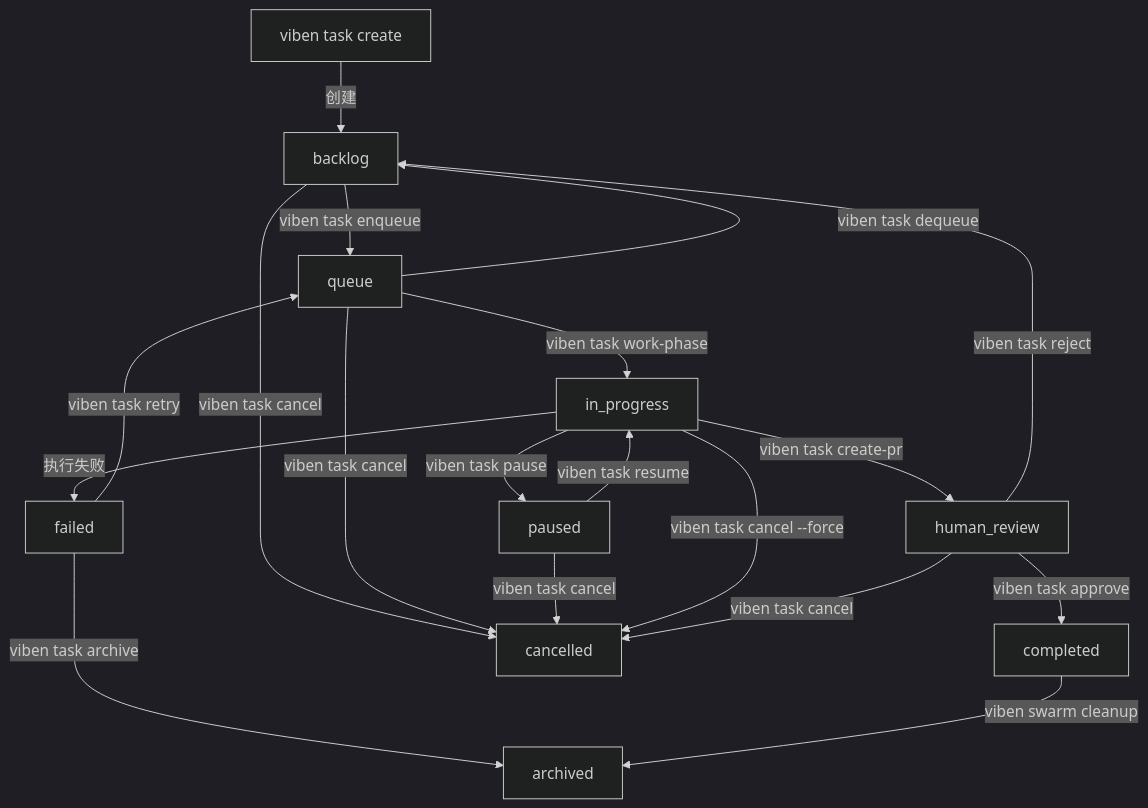
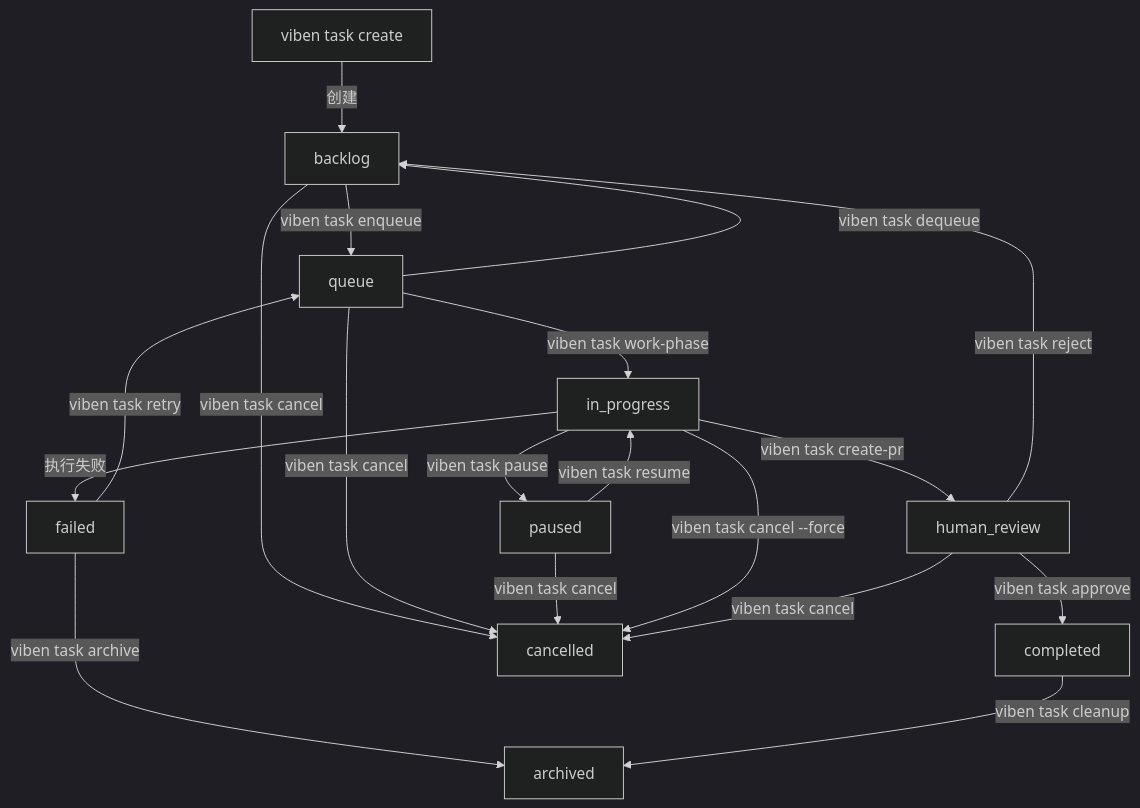
The diagram in docs/specs/modules/cli/task.md (LinXueyuanStdio/viben), drawn with Mermaid (dark theme) before and after one commit. The commit also changed other lines of this file and 44 other files, not shown here.

````diff
--- a/docs/specs/modules/cli/task.md
+++ b/docs/specs/modules/cli/task.md
@@ -463,22 +463,22 @@
 ```mermaid
 flowchart TD
     A[viben task create] -->|创建| B[backlog]
     B -->|viben task enqueue| C[queue]
     C -->|viben task work-phase| D[in_progress]
     D -->|viben task pause| E[paused]
     E -->|viben task resume| D
     D -->|viben task create-pr| F[human_review]
     F -->|viben task approve| G[completed]
     F -->|viben task reject| B
     C -->|viben task dequeue| B
     D -->|执行失败| H[failed]
     H -->|viben task retry| C
     H -->|viben task archive| I[archived]
-    G -->|viben swarm cleanup| I
+    G -->|viben task cleanup| I
 
     B -->|viben task cancel| J[cancelled]
     C -->|viben task cancel| J
     E -->|viben task cancel| J
     D -->|viben task cancel --force| J
     F -->|viben task cancel| J
 ```
````
